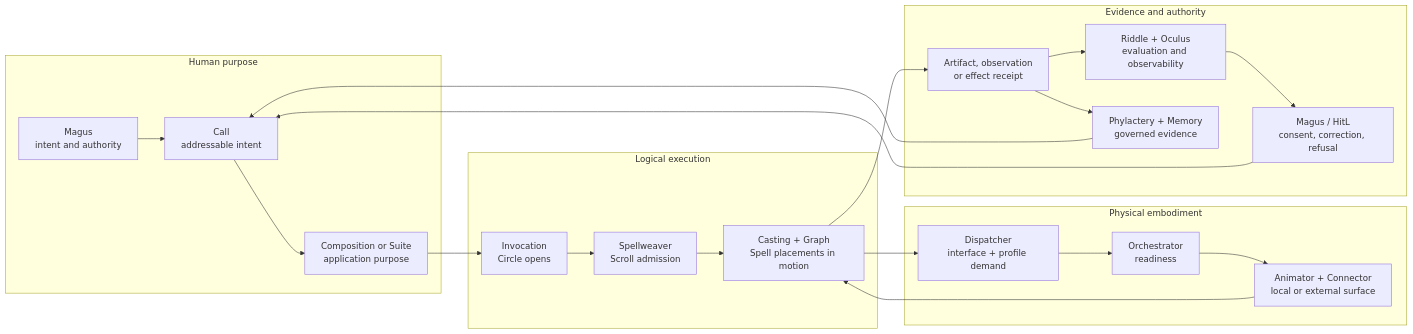
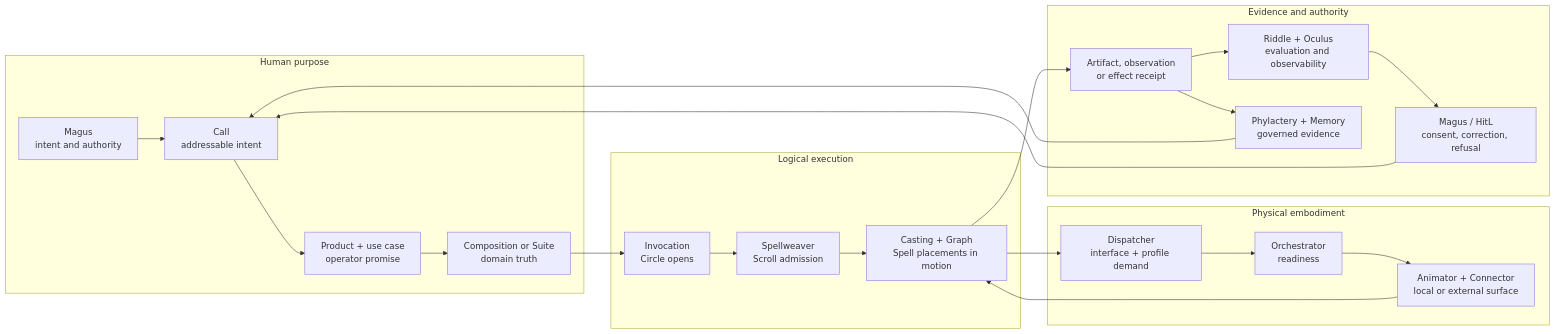
The diagram in docs/map.md (hexanomicon/lychd), drawn with Mermaid before and after one commit. The commit also changed other lines of this file and 35 other files, not shown here.

````diff
--- a/docs/map.md
+++ b/docs/map.md
@@ -15,26 +15,27 @@
 ```mermaid
 flowchart LR
     subgraph U["Human purpose"]
         M["Magus<br/>intent and authority"] --> C["Call<br/>addressable intent"]
-        C --> A["Composition or Suite<br/>application purpose"]
+        C --> PR["Product + use case<br/>operator promise"]
+        PR --> A["Composition or Suite<br/>domain truth"]
     end
     subgraph L["Logical execution"]
         A --> I["Invocation<br/>Circle opens"]
         I --> W["Spellweaver<br/>Scroll admission"]
         W --> G["Casting + Graph<br/>Spell placements in motion"]
     end
     subgraph P["Physical embodiment"]
         G --> D["Dispatcher<br/>interface + profile demand"]
         D --> O["Orchestrator<br/>readiness"]
         O --> N["Animator + Connector<br/>local or external surface"]
         N --> G
     end
     subgraph E["Evidence and authority"]
         G --> R["Artifact, observation<br/>or effect receipt"]
         R --> V["Riddle + Oculus<br/>evaluation and observability"]
         V --> H["Magus / HitL<br/>consent, correction, refusal"]
         R --> K["Phylactery + Memory<br/>governed evidence"]
         H --> C
         K --> C
     end
 ```
````
